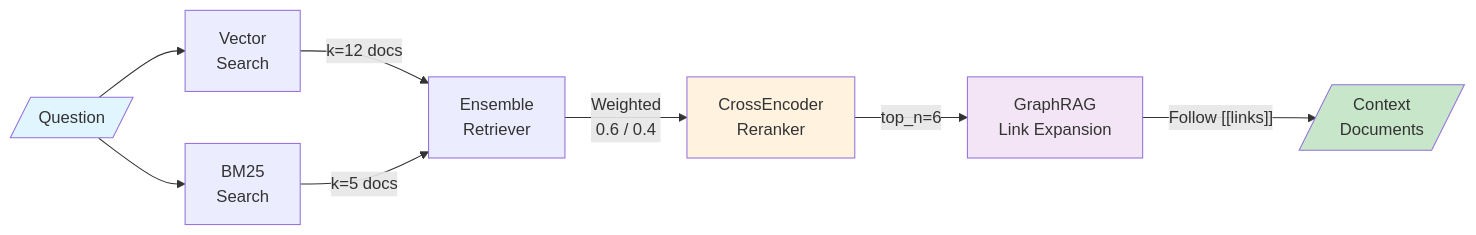
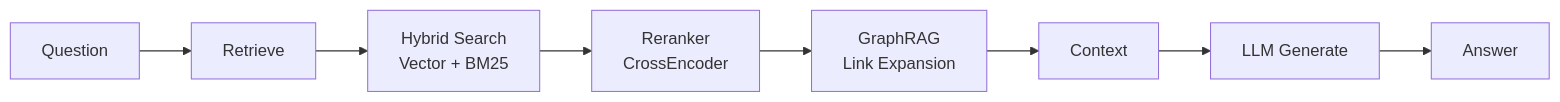
Before and after one commit to Vasallo94/ObsidianRAG: the diagram in README.md, drawn with Mermaid. The commit also changed other lines of this file and 3 other files, not shown here.

````diff
--- a/README.md
+++ b/README.md
@@ -370,19 +166,10 @@
 ```mermaid
 flowchart LR
-    Q[/"Question"/] --> V["Vector<br/>Search"]
-    Q --> B["BM25<br/>Search"]
-    
-    V -->|"k=12 docs"| E["Ensemble<br/>Retriever"]
-    B -->|"k=5 docs"| E
-    
-    E -->|"Weighted<br/>0.6 / 0.4"| R["CrossEncoder<br/>Reranker"]
-    
-    R -->|"top_n=6"| G["GraphRAG<br/>Link Expansion"]
-    
-    G -->|"Follow [[links]]"| D[/"Context<br/>Documents"/]
-    
-    style Q fill:#e1f5fe
-    style D fill:#c8e6c9
-    style R fill:#fff3e0
-    style G fill:#f3e5f5
+    Q[Question] --> R[Retrieve]
+    R --> H[Hybrid Search<br/>Vector + BM25]
+    H --> RR[Reranker<br/>CrossEncoder]
+    RR --> G[GraphRAG<br/>Link Expansion]
+    G --> C[Context]
+    C --> L[LLM Generate]
+    L --> A[Answer]
 ```
````
